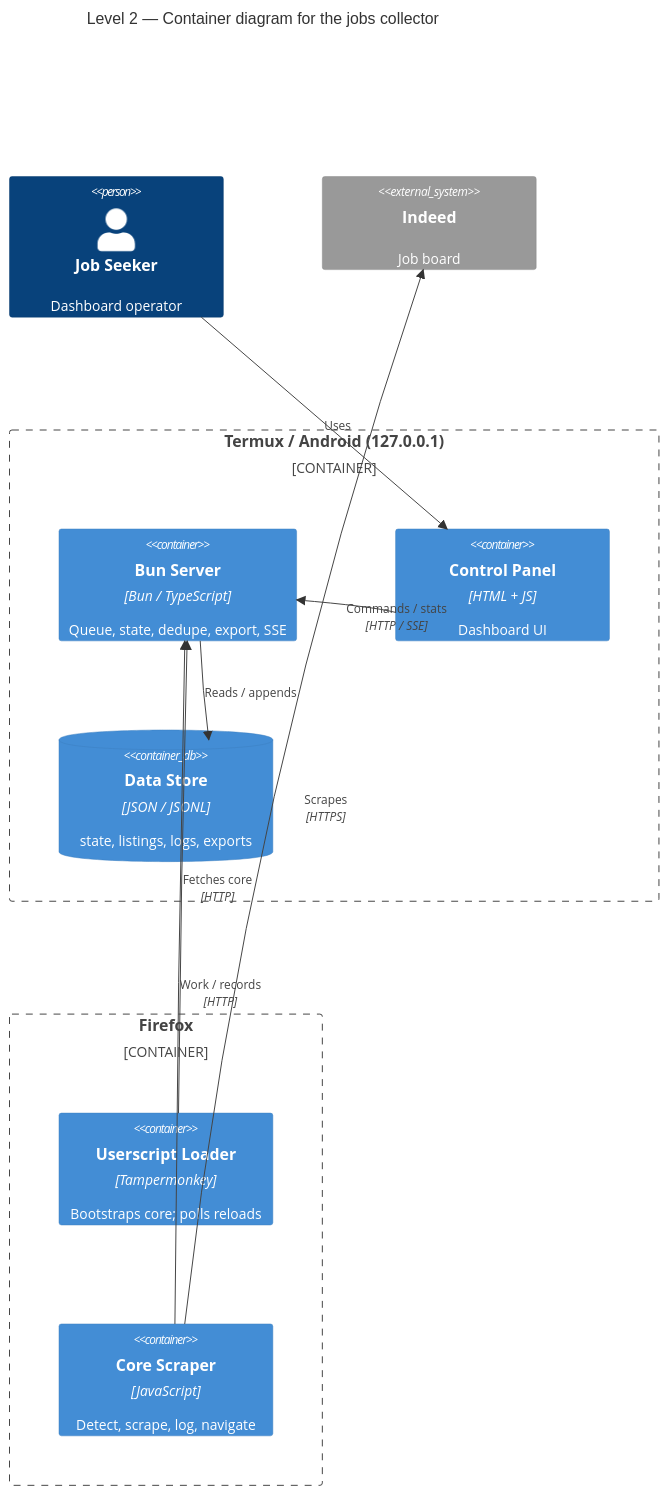
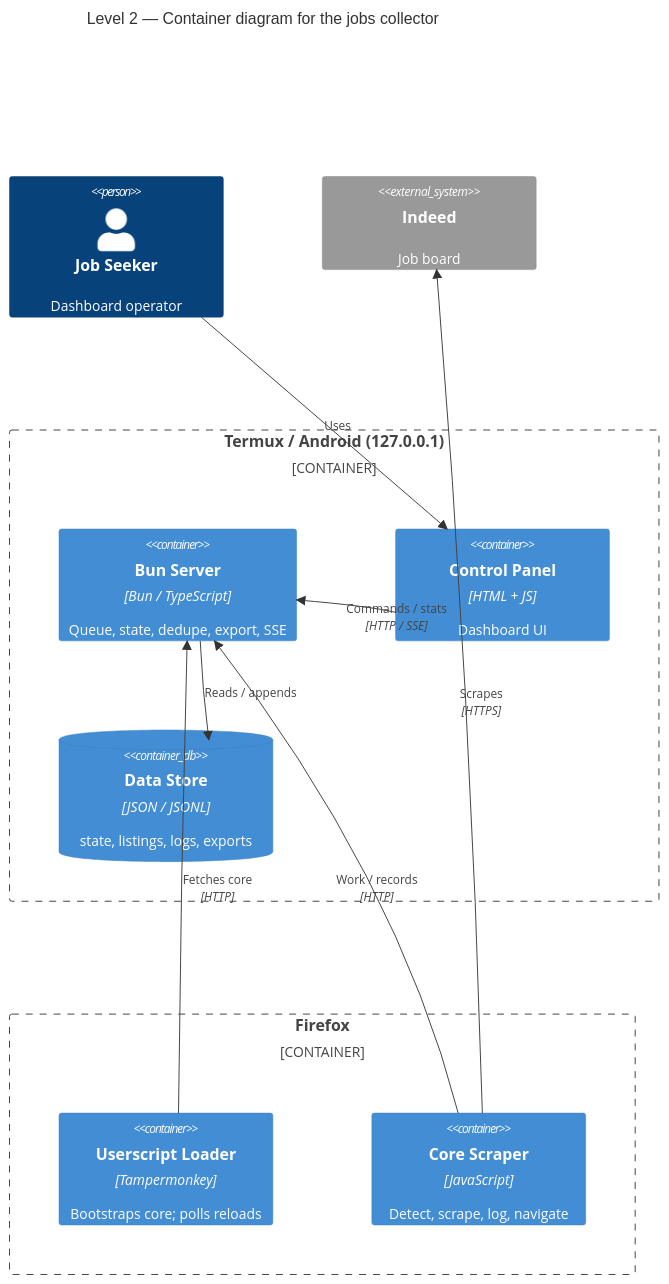
Before and after one commit to sdaves/mobile-job-search-archiver: the second of 10 diagrams in ARCHITECTURE.md, drawn with Mermaid. The commit also changed other lines of this file and 6 other files, not shown here.

Commit message:
Fix Mermaid overlap: split hub diagrams, tune viewer, add runbook plan

````diff
--- a/ARCHITECTURE.md
+++ b/ARCHITECTURE.md
@@ -74,27 +74,27 @@
 ```mermaid
 C4Container
     title Level 2 — Container diagram for the jobs collector
-    UpdateLayoutConfig($c4ShapeInRow="2", $c4BoundaryInRow="1")
+    UpdateLayoutConfig($c4ShapeInRow="3", $c4BoundaryInRow="1")
 
     Person(user, "Job Seeker", "Dashboard operator")
 
     System_Ext(indeed, "Indeed", "Job board")
 
     Container_Boundary(termux, "Termux / Android (127.0.0.1)") {
         Container(server, "Bun Server", "Bun / TypeScript", "Queue, state, dedupe, export, SSE")
         Container(panel, "Control Panel", "HTML + JS", "Dashboard UI")
         ContainerDb(store, "Data Store", "JSON / JSONL", "state, listings, logs, exports")
     }
 
     Container_Boundary(firefox, "Firefox") {
         Container(loader, "Userscript Loader", "Tampermonkey", "Bootstraps core; polls reloads")
         Container(core, "Core Scraper", "JavaScript", "Detect, scrape, log, navigate")
     }
 
     Rel(user, panel, "Uses")
     Rel(panel, server, "Commands / stats", "HTTP / SSE")
     Rel(loader, server, "Fetches core", "HTTP")
     Rel(core, server, "Work / records", "HTTP")
     Rel(core, indeed, "Scrapes", "HTTPS")
     Rel(server, store, "Reads / appends")
 ```
````
